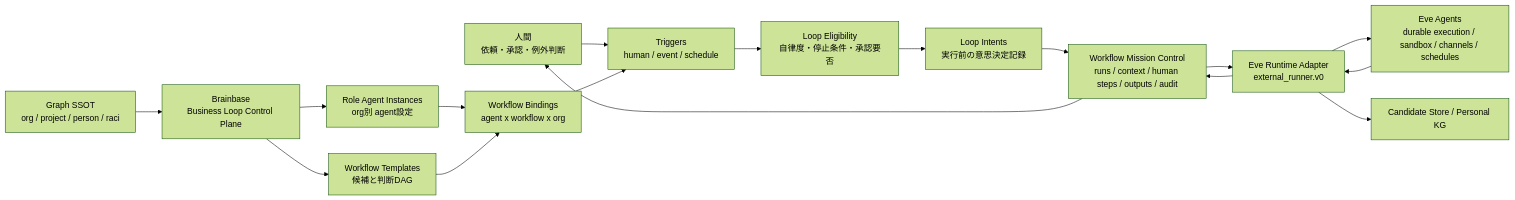
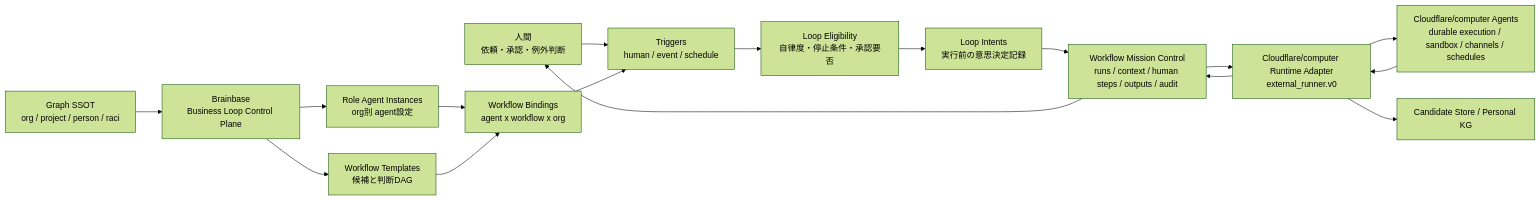
One commit to Unson-LLC/brainbase changed the first of 3 diagrams in docs/architecture/org-agent-loop-control-architecture.md. Above: the diagram before and after it, drawn with Mermaid (forest theme). The commit also changed other lines of this file and 103 other files, not shown here.

````diff
--- a/docs/architecture/org-agent-loop-control-architecture.md
+++ b/docs/architecture/org-agent-loop-control-architecture.md
@@ -7,33 +7,33 @@
 ```mermaid
 flowchart LR;
   human["人間<br/>依頼・承認・例外判断"];
   graphSsot["Graph SSOT<br/>org / project / person / raci"];
   control["Brainbase<br/>Business Loop Control Plane"];
   registry["Role Agent Instances<br/>org別 agent設定"];
   templates["Workflow Templates<br/>候補と判断DAG"];
   bindings["Workflow Bindings<br/>agent x workflow x org"];
   triggers["Triggers<br/>human / event / schedule"];
   eligibility["Loop Eligibility<br/>自律度・停止条件・承認要否"];
   intents["Loop Intents<br/>実行前の意思決定記録"];
   wmc["Workflow Mission Control<br/>runs / context / human steps / outputs / audit"];
-  eveAdapter["Eve Runtime Adapter<br/>external_runner.v0"];
-  eve["Eve Agents<br/>durable execution / sandbox / channels / schedules"];
+  eveAdapter["Cloudflare/computer Runtime Adapter<br/>external_runner.v0"];
+  cloudflare_computer["Cloudflare/computer Agents<br/>durable execution / sandbox / channels / schedules"];
   kg["Candidate Store / Personal KG"];
 
   human --> triggers;
   graphSsot --> control;
   control --> registry;
   control --> templates;
   registry --> bindings;
   templates --> bindings;
   bindings --> triggers;
   triggers --> eligibility;
   eligibility --> intents;
   intents --> wmc;
   wmc --> eveAdapter;
-  eveAdapter --> eve;
-  eve --> eveAdapter;
+  eveAdapter --> cloudflare_computer;
+  cloudflare_computer --> eveAdapter;
   eveAdapter --> wmc;
   eveAdapter --> kg;
   wmc --> human;
 ```
````
